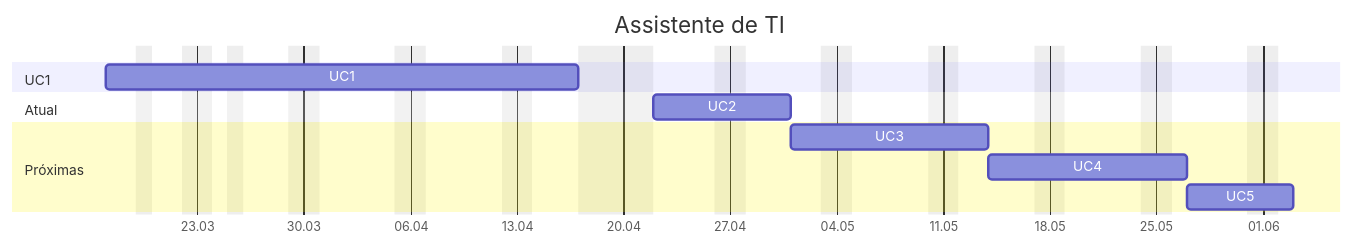
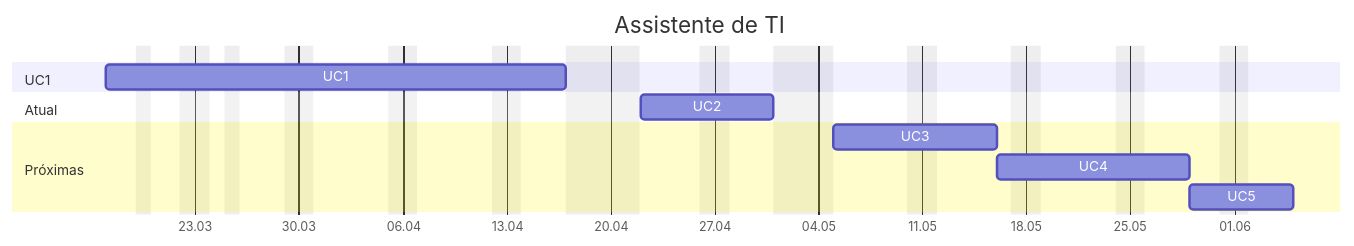
The diagram in src/site/notes/Assistente-de-TI.md (jocile/digitalgarden), drawn with Mermaid before and after one commit. The commit also changed other lines of this file and 3 other files, not shown here.

````diff
--- a/src/site/notes/Assistente-de-TI.md
+++ b/src/site/notes/Assistente-de-TI.md
@@ -31,16 +31,16 @@
 ```mermaid
 gantt
      title Assistente de TI
      tickInterval 1week
-     excludes Saturday, Sunday, 19:03, 25:03, 17:04, 18:04, 21:04
+     excludes Saturday, Sunday, 19:03, 25:03, 17:04, 18:04, 21:04, 01:05, 02:05
      dateFormat DD:MM
      axisFormat %d.%m
      section UC1
          UC1 :a1, 17:03, 21d
      section Atual
          UC2 :a2,after a1, 7d
      section Próximas
          UC3 :a3, after a2, 9d
          UC4 :a4, after a3, 9d
          UC5 :a5, after a4, 5d
 ```
````
